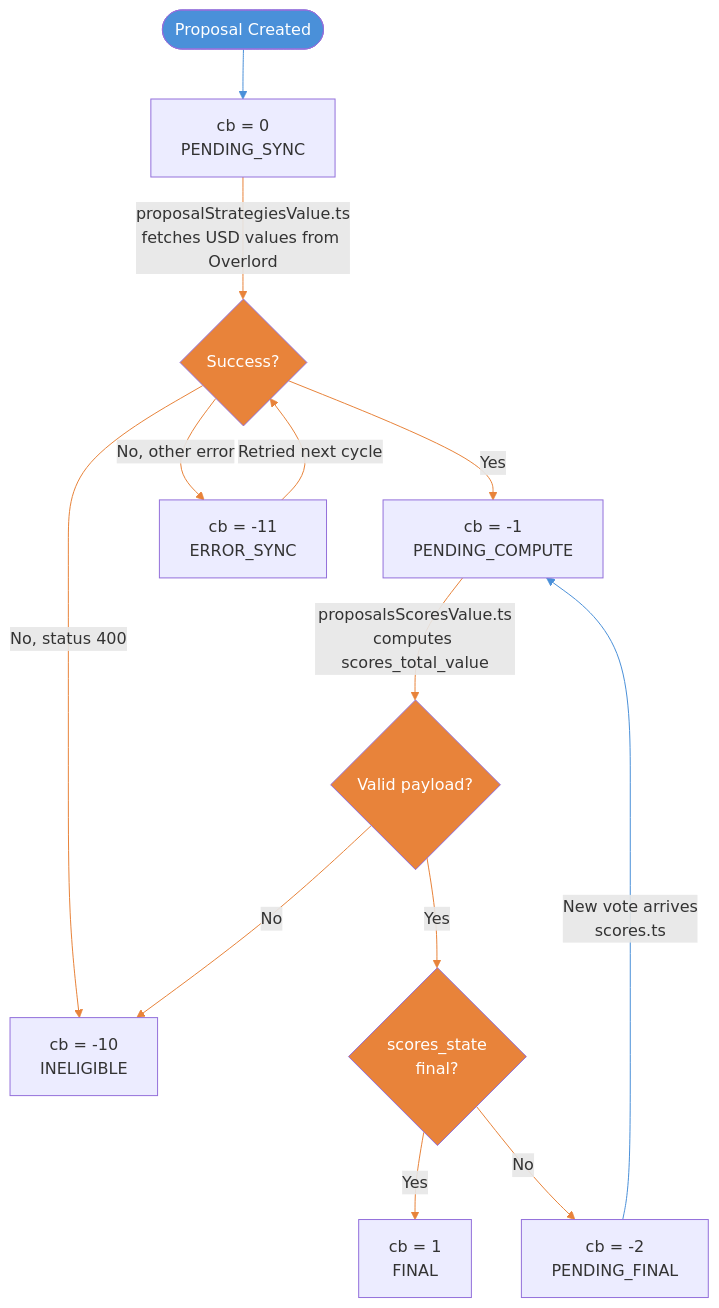
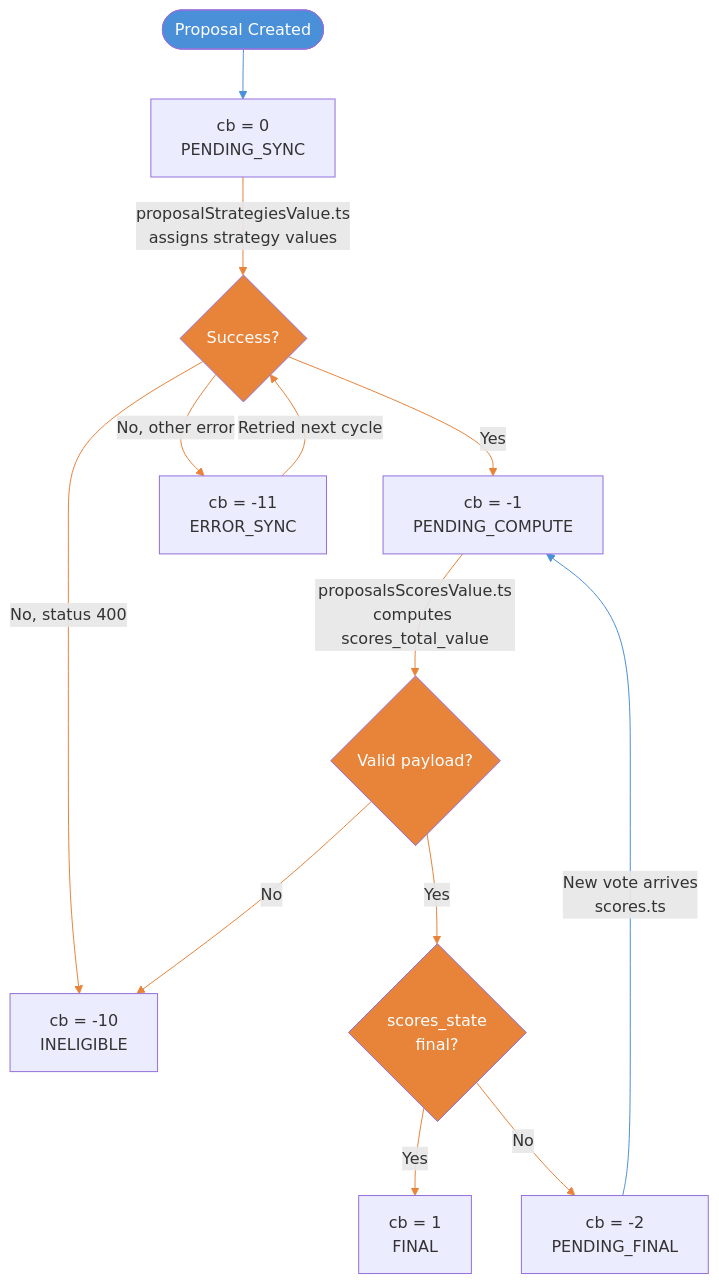
Before and after one commit to snapshot-labs/sx-monorepo: the first of 2 diagrams in apps/sequencer/docs/cb-flow.md, drawn with Mermaid. The commit also changed other lines of this file and 4 other files, not shown here.

First line of the commit message:
refactor(sequencer): drop overlord call, value strategies at 0 (#2356)

````diff
--- a/apps/sequencer/docs/cb-flow.md
+++ b/apps/sequencer/docs/cb-flow.md
@@ -19,26 +19,26 @@
 ```mermaid
 flowchart TD
     A([Proposal Created]):::user --> B["cb = 0<br>PENDING_SYNC"]
-    B -->|proposalStrategiesValue.ts<br>fetches USD values from Overlord| C{Success?}
+    B -->|proposalStrategiesValue.ts<br>assigns strategy values| C{Success?}
     C -->|Yes| D["cb = -1<br>PENDING_COMPUTE"]
     C -->|No, status 400| G
     C -->|No, other error| E["cb = -11<br>ERROR_SYNC"]
     E -->|Retried next cycle| C
     D -->|proposalsScoresValue.ts<br>computes scores_total_value| F{Valid payload?}
     F -->|No| G["cb = -10<br>INELIGIBLE"]
     F -->|Yes| H{scores_state<br>final?}
     H -->|Yes| I["cb = 1<br>FINAL"]
     H -->|No| J["cb = -2<br>PENDING_FINAL"]
     J -->|New vote arrives<br>scores.ts| D
 
     classDef user fill:#4a90d9,color:#fff
     classDef async fill:#e8833a,color:#fff
 
     class A user
     class C,F,H async
     class B,D,E,G,I,J default
 
     linkStyle 0 stroke:#4a90d9
     linkStyle 1,2,3,4,5,6,7,8,9,10 stroke:#e8833a
     linkStyle 11 stroke:#4a90d9
 ```
````
